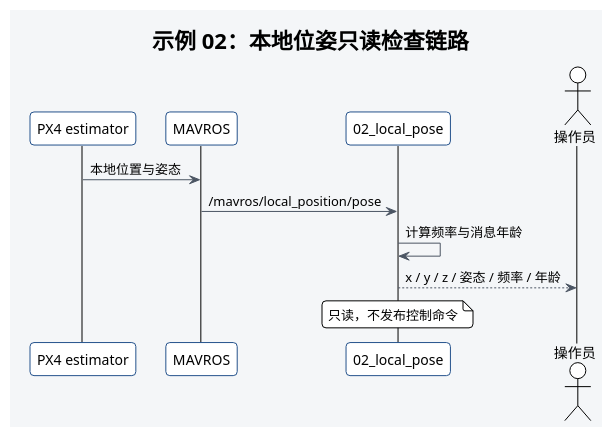
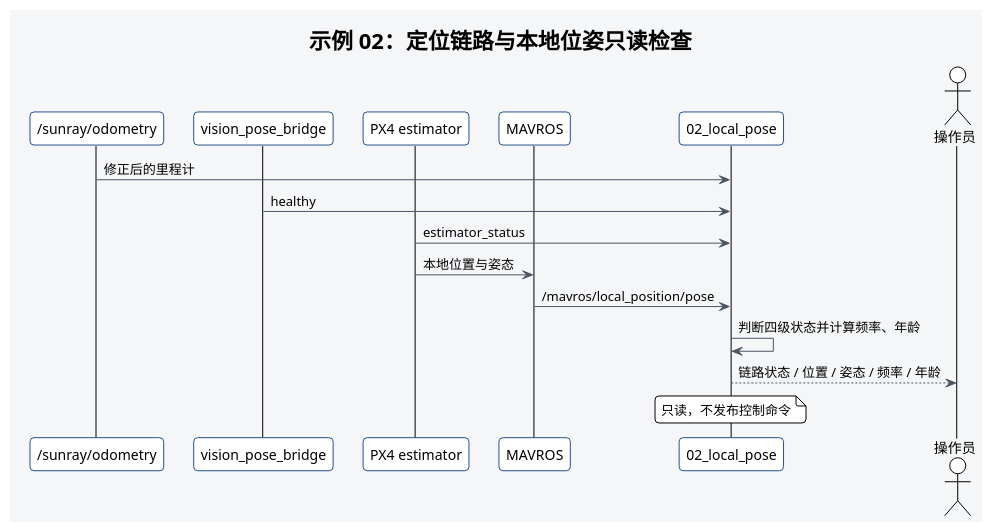
Before and after one commit to 6hao666/robotac: the diagram in docs/diagrams/tutorial-02-local-pose.puml, drawn with PlantUML. The commit also changed 25 other files, not shown here.

```diff
--- a/docs/diagrams/tutorial-02-local-pose.puml
+++ b/docs/diagrams/tutorial-02-local-pose.puml
@@ -1,20 +1,25 @@
 @startuml
 !theme plain
 skinparam backgroundColor #F4F6F8
 skinparam shadowing false
 skinparam roundcorner 8
 skinparam defaultFontName SansSerif
 skinparam ArrowColor #4B5563
 skinparam sequenceParticipantBackgroundColor #FFFFFF
 skinparam sequenceParticipantBorderColor #24528C
-title 示例 02：本地位姿只读检查链路
+title 示例 02：定位链路与本地位姿只读检查
+participant "/sunray/odometry" as odom
+participant "vision_pose_bridge" as bridge
 participant "PX4 estimator" as estimator
 participant "MAVROS" as mavros
 participant "02_local_pose" as example
 actor "操作员" as operator
+odom -> example : 修正后的里程计
+bridge -> example : healthy
+estimator -> example : estimator_status
 estimator -> mavros : 本地位置与姿态
 mavros -> example : /mavros/local_position/pose
-example -> example : 计算频率与消息年龄
-example --> operator : x / y / z / 姿态 / 频率 / 年龄
+example -> example : 判断四级状态并计算频率、年龄
+example --> operator : 链路状态 / 位置 / 姿态 / 频率 / 年龄
 note over example : 只读，不发布控制命令
 @enduml
```
